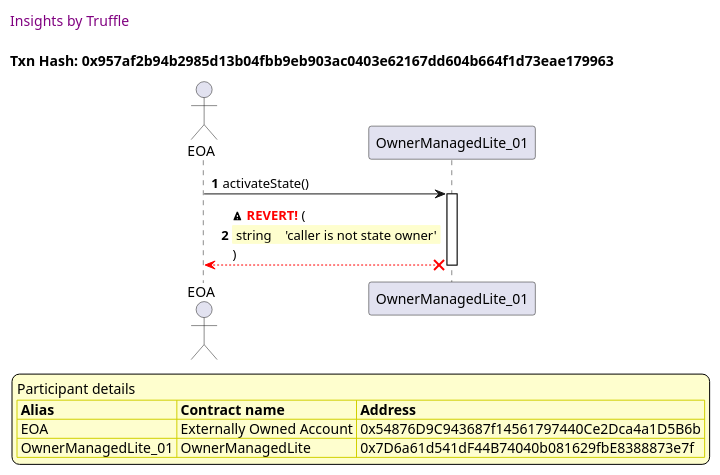
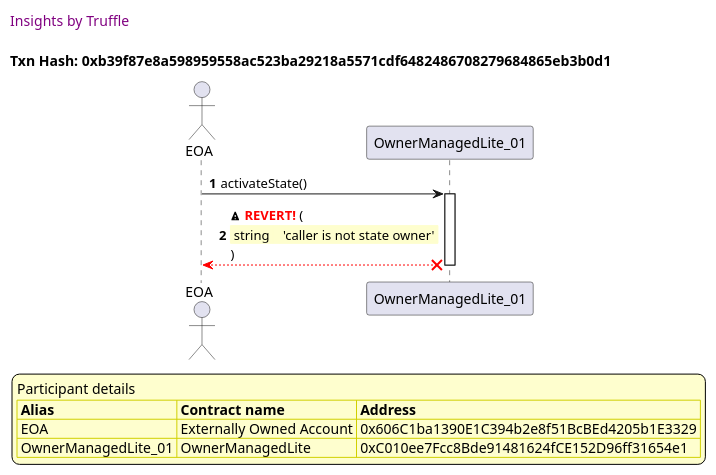
The third of 16 diagrams in truffle-seq/OwnerManagedLite_test_activate_deactivate_dapp.md (thedarkjester/ConsensysAssignment), drawn with PlantUML before and after one commit. The commit also changed other lines of this file and 13 other files, not shown here.

````diff
--- a/truffle-seq/OwnerManagedLite_test_activate_deactivate_dapp.md
+++ b/truffle-seq/OwnerManagedLite_test_activate_deactivate_dapp.md
@@ -103,40 +103,40 @@
 ```plantuml
 
 
 @startuml
 
 autonumber
 skinparam legendBackgroundColor #FEFECE
 
 <style>
       header {
         HorizontalAlignment left
         FontColor purple
         FontSize 14
         Padding 10
       }
     </style>
 
 header Insights by Truffle
 
-title Txn Hash: 0x957af2b94b2985d13b04fbb9eb903ac0403e62167dd604b664f1d73eae179963
+title Txn Hash: 0xb39f87e8a598959558ac523ba29218a5571cdf6482486708279684865eb3b0d1
 
 
 actor EOA as "EOA"
 participant OwnerManagedLite_01 as "OwnerManagedLite_01"
 
 "EOA" -> "OwnerManagedLite_01" ++: activateState()
 "OwnerManagedLite_01" x-[#red]-> "EOA" --: <&warning> <color #red>**REVERT!**</color> (\n\
 <#FEFECE,#FEFECE>| string |  | 'caller is not state owner' |\n\
 )
 deactivate "OwnerManagedLite_01"
 
 legend
 Participant details
 <#FEFECE,#D0D000>|= Alias |= Contract name |= Address |
-<#FEFECE>| EOA | Externally Owned Account | 0x54876D9C943687f14561797440Ce2Dca4a1D5B6b |
-<#FEFECE>| OwnerManagedLite_01 | OwnerManagedLite | 0x7D6a61d541dF44B74040b081629fbE8388873e7f |
+<#FEFECE>| EOA | Externally Owned Account | 0x606C1ba1390E1C394b2e8f51BcBEd4205b1E3329 |
+<#FEFECE>| OwnerManagedLite_01 | OwnerManagedLite | 0xC010ee7Fcc8Bde91481624fCE152D96ff31654e1 |
 endlegend
 
 @enduml
 ```
````
